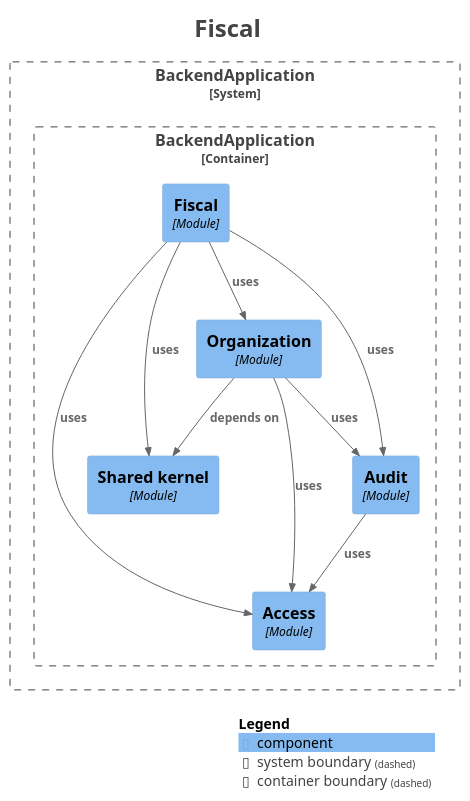
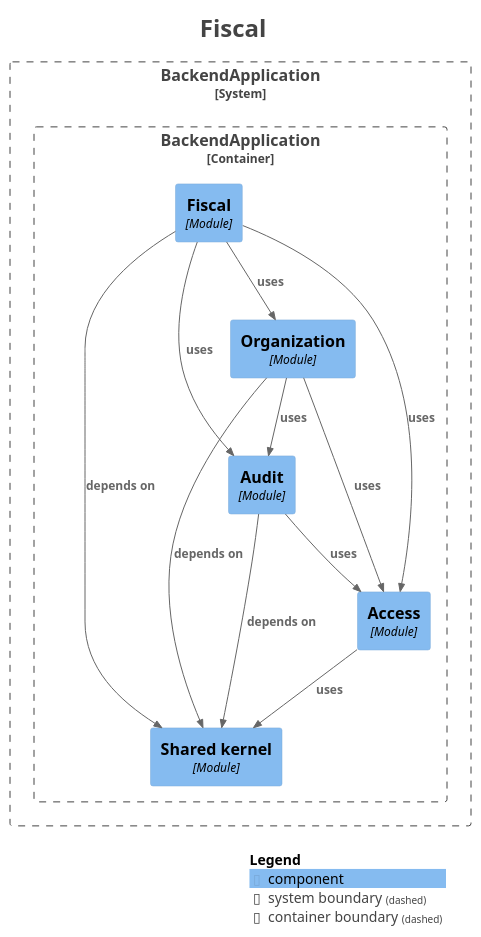
Before and after one commit to fxavier/restaurantePRO: the diagram in docs/architecture/modules/module-fiscal.puml, drawn with PlantUML. The commit also changed 28 other files, not shown here.

First line of the commit message:
docs(architecture): regenerate the Modulith module docs for R3

```diff
--- a/docs/architecture/modules/module-fiscal.puml
+++ b/docs/architecture/modules/module-fiscal.puml
@@ -1,40 +1,42 @@
 @startuml
 title <size:24>Fiscal</size>
 
 set separator none
 top to bottom direction
 
 <style>
   root {
     BackgroundColor: #ffffff
     FontColor: #444444
   }
 </style>
 
 !include <C4/C4>
 !include <C4/C4_Context>
 !include <C4/C4_Component>
 
 System_Boundary("BackendApplication_boundary", "BackendApplication", $tags="") {
   Container_Boundary("BackendApplication.BackendApplication_boundary", "BackendApplication", $tags="") {
     Component(BackendApplication.BackendApplication.Fiscal, "Fiscal", $techn="Module", $descr="", $tags="", $link="")
+    Component(BackendApplication.BackendApplication.Sharedkernel, "Shared kernel", $techn="Module", $descr="", $tags="", $link="")
     Component(BackendApplication.BackendApplication.Access, "Access", $techn="Module", $descr="", $tags="", $link="")
-    Component(BackendApplication.BackendApplication.Sharedkernel, "Shared kernel", $techn="Module", $descr="", $tags="", $link="")
     Component(BackendApplication.BackendApplication.Audit, "Audit", $techn="Module", $descr="", $tags="", $link="")
     Component(BackendApplication.BackendApplication.Organization, "Organization", $techn="Module", $descr="", $tags="", $link="")
   }
 
 }
 
-Rel(BackendApplication.BackendApplication.Audit, BackendApplication.BackendApplication.Access, "uses", $techn="", $tags="", $link="")
-Rel(BackendApplication.BackendApplication.Fiscal, BackendApplication.BackendApplication.Sharedkernel, "uses", $techn="", $tags="", $link="")
-Rel(BackendApplication.BackendApplication.Fiscal, BackendApplication.BackendApplication.Access, "uses", $techn="", $tags="", $link="")
-Rel(BackendApplication.BackendApplication.Fiscal, BackendApplication.BackendApplication.Audit, "uses", $techn="", $tags="", $link="")
-Rel(BackendApplication.BackendApplication.Fiscal, BackendApplication.BackendApplication.Organization, "uses", $techn="", $tags="", $link="")
 Rel(BackendApplication.BackendApplication.Organization, BackendApplication.BackendApplication.Sharedkernel, "depends on", $techn="", $tags="", $link="")
 Rel(BackendApplication.BackendApplication.Organization, BackendApplication.BackendApplication.Audit, "uses", $techn="", $tags="", $link="")
 Rel(BackendApplication.BackendApplication.Organization, BackendApplication.BackendApplication.Access, "uses", $techn="", $tags="", $link="")
+Rel(BackendApplication.BackendApplication.Audit, BackendApplication.BackendApplication.Sharedkernel, "depends on", $techn="", $tags="", $link="")
+Rel(BackendApplication.BackendApplication.Audit, BackendApplication.BackendApplication.Access, "uses", $techn="", $tags="", $link="")
+Rel(BackendApplication.BackendApplication.Access, BackendApplication.BackendApplication.Sharedkernel, "uses", $techn="", $tags="", $link="")
+Rel(BackendApplication.BackendApplication.Fiscal, BackendApplication.BackendApplication.Sharedkernel, "depends on", $techn="", $tags="", $link="")
+Rel(BackendApplication.BackendApplication.Fiscal, BackendApplication.BackendApplication.Access, "uses", $techn="", $tags="", $link="")
+Rel(BackendApplication.BackendApplication.Fiscal, BackendApplication.BackendApplication.Organization, "uses", $techn="", $tags="", $link="")
+Rel(BackendApplication.BackendApplication.Fiscal, BackendApplication.BackendApplication.Audit, "uses", $techn="", $tags="", $link="")
 
 SHOW_LEGEND(true)
 hide stereotypes
 @enduml
```
